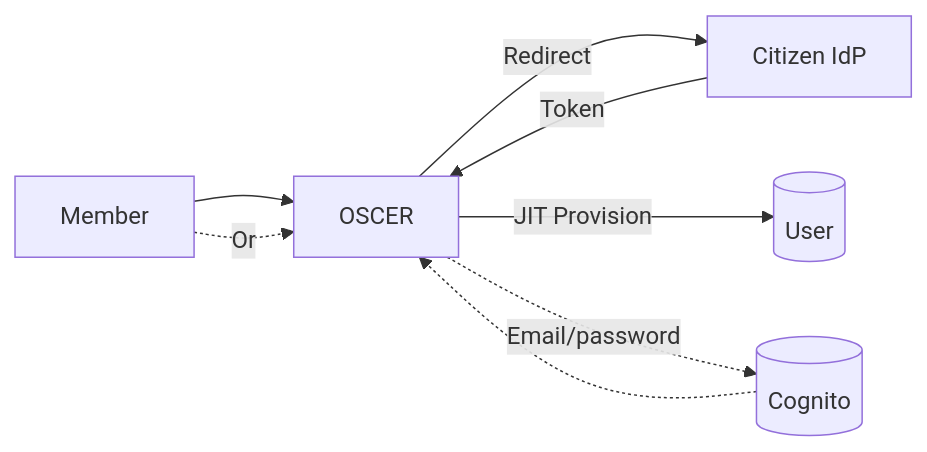
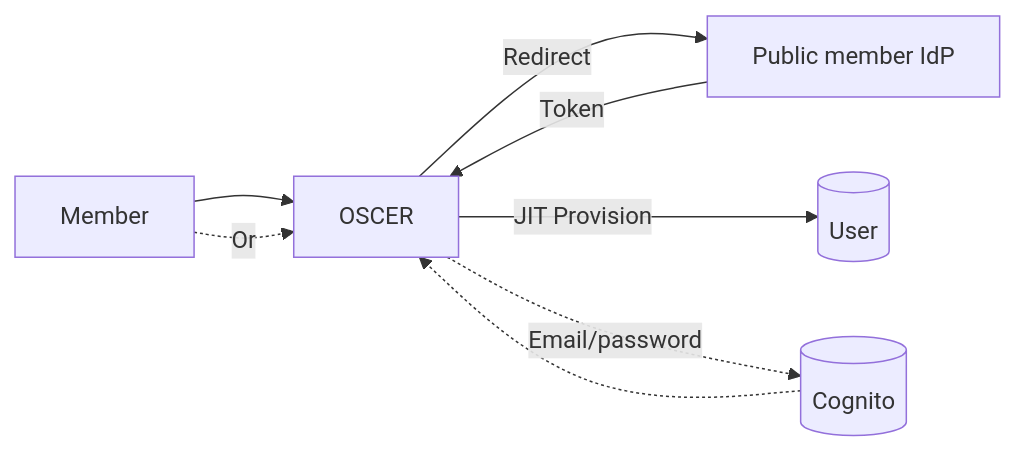
Before and after one commit to navapbc/oscer: the first of 5 diagrams in docs/architecture/staff-sso/member-sso.md, drawn with Mermaid. The commit also changed other lines of this file, not shown here.

Commit message:
replace citizen term with public member

````diff
--- a/docs/architecture/staff-sso/member-sso.md
+++ b/docs/architecture/staff-sso/member-sso.md
@@ -14,11 +14,11 @@
 ```mermaid
 flowchart LR
     Member[Member] --> OSCER[OSCER]
-    OSCER -->|Redirect| CitizenIdP[Citizen IdP]
-    CitizenIdP -->|Token| OSCER
+    OSCER -->|Redirect| MemberIdP[Public member IdP]
+    MemberIdP -->|Token| OSCER
     OSCER -->|JIT Provision| DB[(User)]
 
     Member -.->|Or| OSCER
     OSCER -.->|Email/password| Cognito[(Cognito)]
     Cognito -.-> OSCER
 ```
````
